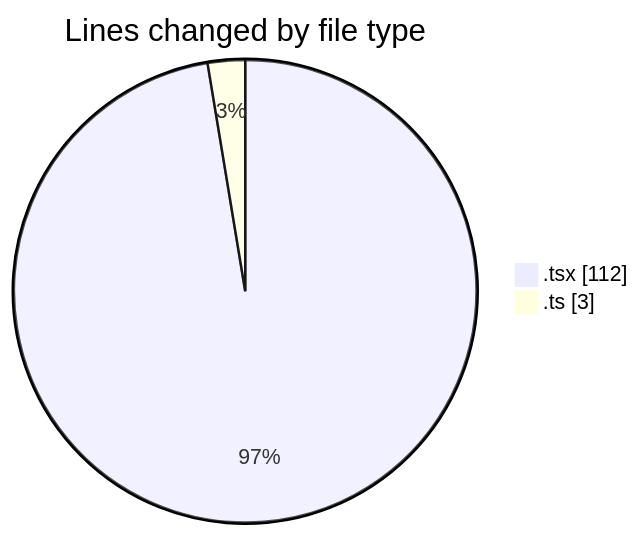
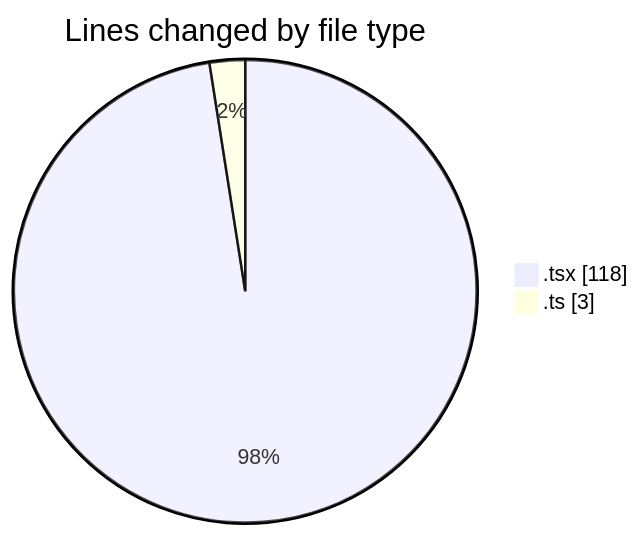
One commit to momahboobian/code-tracking changed the first of 2 diagrams in 2026-04-15/cda/README.md. Above: the diagram before and after it, drawn with Mermaid. The commit also changed other lines of this file and 1 other file, not shown here.

````diff
--- a/2026-04-15/cda/README.md
+++ b/2026-04-15/cda/README.md
@@ -24,6 +24,6 @@
 ```mermaid
 pie showData
 title Lines changed by file type
-".tsx" : 112
+".tsx" : 118
 ".ts" : 3
 ```
````
